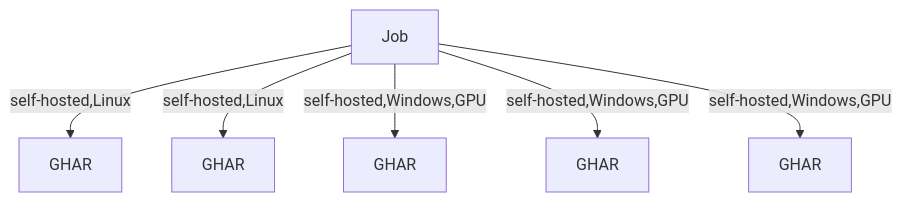
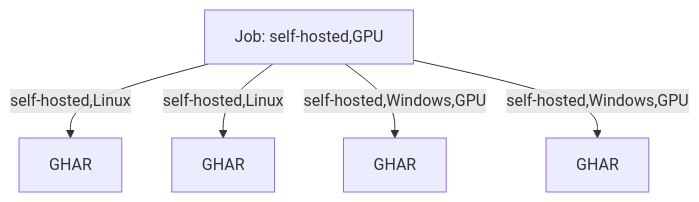
One commit to maxpatiiuk/esri-dev-summit-presentations changed the first of 3 diagrams in 2026/a-look-under-the-hood/slides.md. Above: the diagram before and after it, drawn with Mermaid. The commit also changed other lines of this file and 3 other files, not shown here.

````diff
--- a/2026/a-look-under-the-hood/slides.md
+++ b/2026/a-look-under-the-hood/slides.md
@@ -457,9 +469,8 @@
 ```mermaid
 flowchart TD
-    A[Job]
+    A[Job: self-hosted,GPU]
     A -->|self-hosted,Linux| D[GHAR]
     A -->|self-hosted,Linux| E[GHAR]
     A -->|self-hosted,Windows,GPU| F[GHAR]
     A -->|self-hosted,Windows,GPU| G[GHAR]
-    A -->|self-hosted,Windows,GPU| H[GHAR]
 ```
````
